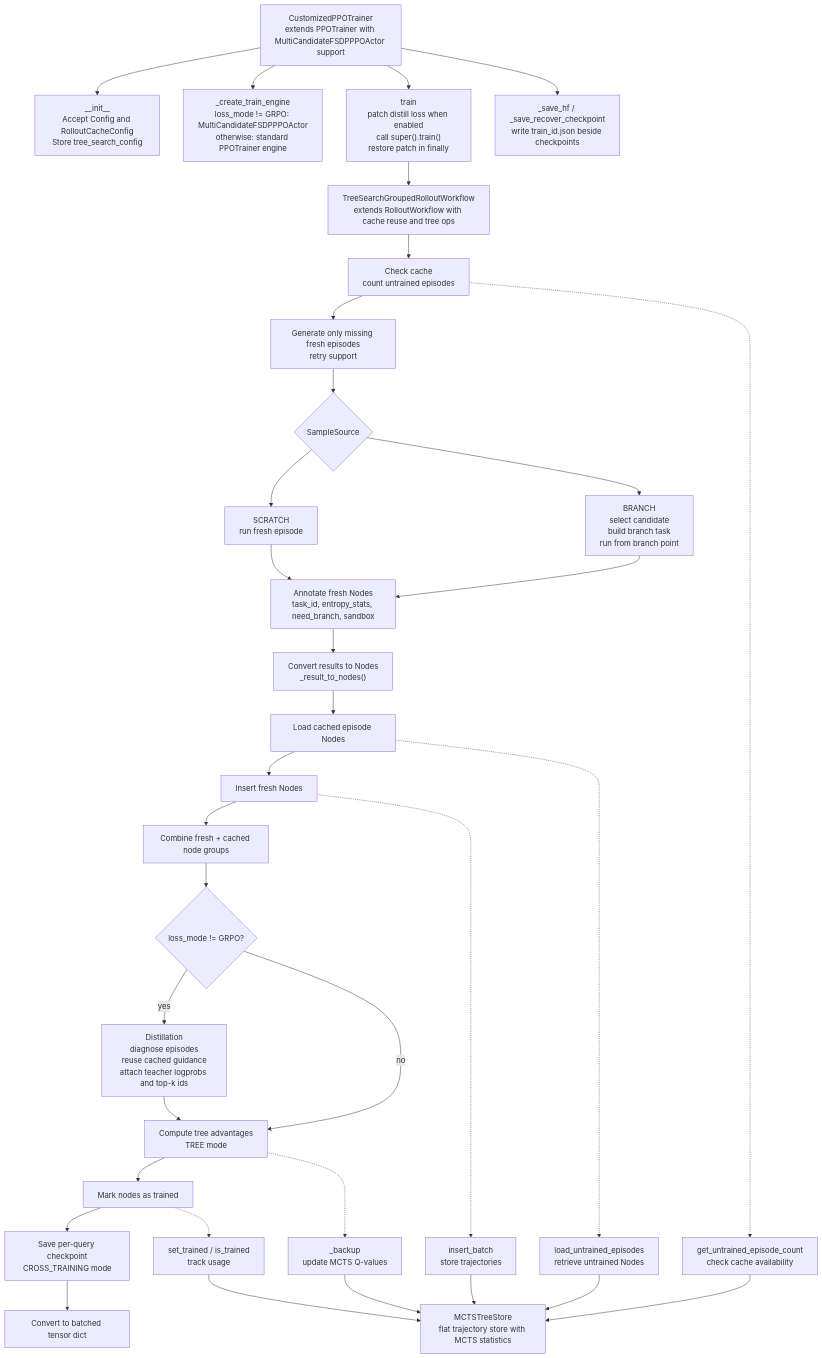
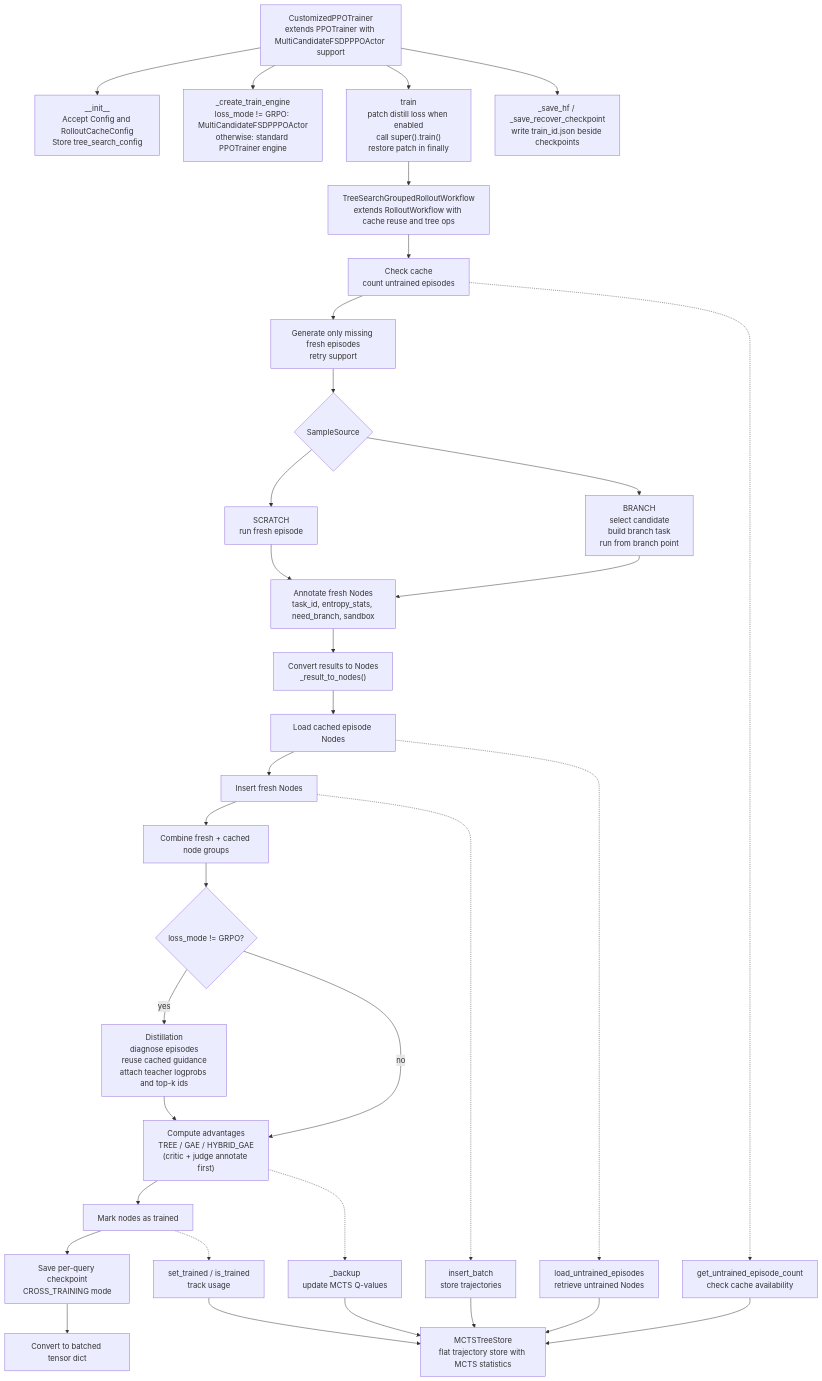
Before and after one commit to ketsuzhou/areal-ci: the first of 8 diagrams in customized_areal/tree_search/README.md, drawn with Mermaid. The commit also changed other lines of this file, not shown here.

First line of the commit message:
docs(tree-search): document GAE, HybridGAE, and generative critic in README

````diff
--- a/customized_areal/tree_search/README.md
+++ b/customized_areal/tree_search/README.md
@@ -28,60 +28,60 @@
 ```mermaid
 flowchart TD
     trainer["CustomizedPPOTrainer<br/>extends PPOTrainer with MultiCandidateFSDPPPOActor support"]
     trainer_init["__init__<br/>Accept Config and RolloutCacheConfig<br/>Store tree_search_config"]
     trainer_engine["_create_train_engine<br/>loss_mode != GRPO: MultiCandidateFSDPPPOActor<br/>otherwise: standard PPOTrainer engine"]
     trainer_train["train<br/>patch distill loss when enabled<br/>call super().train()<br/>restore patch in finally"]
     trainer_save["_save_hf / _save_recover_checkpoint<br/>write train_id.json beside checkpoints"]
 
     workflow["TreeSearchGroupedRolloutWorkflow<br/>extends RolloutWorkflow with cache reuse and tree ops"]
     cache["Check cache<br/>count untrained episodes"]
     fresh["Generate only missing fresh episodes<br/>retry support"]
     source{"SampleSource"}
     scratch["SCRATCH<br/>run fresh episode"]
     branch["BRANCH<br/>select candidate<br/>build branch task<br/>run from branch point"]
     annotate["Annotate fresh Nodes<br/>task_id, entropy_stats, need_branch, sandbox"]
     convert["Convert results to Nodes<br/>_result_to_nodes()"]
     load_cached["Load cached episode Nodes"]
     insert["Insert fresh Nodes"]
     combine["Combine fresh + cached node groups"]
     distill{"loss_mode != GRPO?"}
     distill_steps["Distillation<br/>diagnose episodes<br/>reuse cached guidance<br/>attach teacher logprobs and top-k ids"]
-    advantage["Compute tree advantages<br/>TREE mode"]
+    advantage["Compute advantages<br/>TREE / GAE / HYBRID_GAE<br/>(critic + judge annotate first)"]
     mark["Mark nodes as trained"]
     save_query["Save per-query checkpoint<br/>CROSS_TRAINING mode"]
     tensor["Convert to batched tensor dict"]
 
     store["MCTSTreeStore<br/>flat trajectory store with MCTS statistics"]
     store_insert["insert_batch<br/>store trajectories"]
     store_load["load_untrained_episodes<br/>retrieve untrained Nodes"]
     store_count["get_untrained_episode_count<br/>check cache availability"]
     store_trained["set_trained / is_trained<br/>track usage"]
     store_backup["_backup<br/>update MCTS Q-values"]
 
     trainer --> trainer_init
     trainer --> trainer_engine
     trainer --> trainer_train
     trainer --> trainer_save
     trainer_train --> workflow
 
     workflow --> cache --> fresh --> source
     source --> scratch
     source --> branch
     scratch --> annotate
     branch --> annotate
     annotate --> convert --> load_cached --> insert --> combine --> distill
     distill -- yes --> distill_steps --> advantage
     distill -- no --> advantage
     advantage --> mark --> save_query --> tensor
 
     cache -.-> store_count
     load_cached -.-> store_load
     insert -.-> store_insert
     mark -.-> store_trained
     advantage -.-> store_backup
     store_count --> store
     store_load --> store
     store_insert --> store
     store_trained --> store
     store_backup --> store
 ```
````
